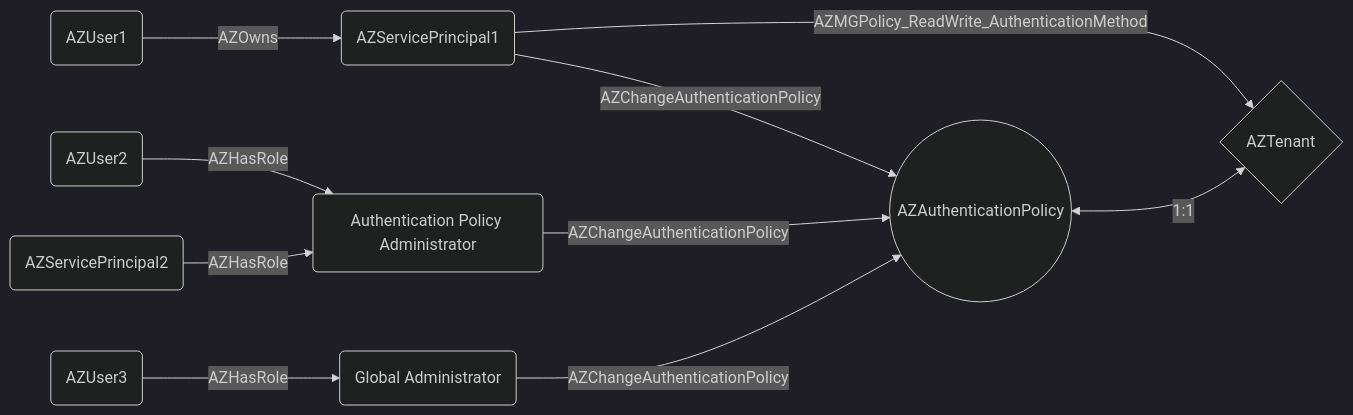
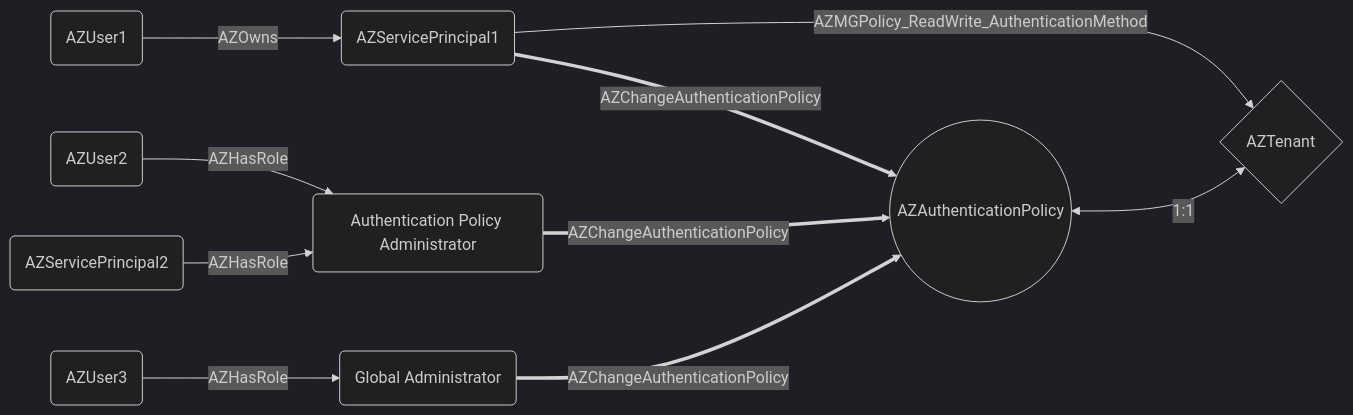
One commit to MichaelGrafnetter/EntraAuthPolicyHound changed the second of 4 diagrams in README.md. Above: the diagram before and after it, drawn with Mermaid (dark theme). The commit also changed other lines of this file and 4 other files, not shown here.

````diff
--- a/README.md
+++ b/README.md
@@ -179,14 +203,14 @@
 ```mermaid
 graph LR
-    a1(AZServicePrincipal1) -- AZChangeAuthenticationPolicy --> p((AZAuthenticationPolicy))
+    a1(AZServicePrincipal1) == AZChangeAuthenticationPolicy ==> p((AZAuthenticationPolicy))
     a1(AZServicePrincipal1) -- AZMGPolicy_ReadWrite_AuthenticationMethod --> t{AZTenant}
-    r1(Authentication Policy Administrator) -- AZChangeAuthenticationPolicy --> p
-    r2(Global Administrator) -- AZChangeAuthenticationPolicy --> p
+    r1(Authentication Policy Administrator) == AZChangeAuthenticationPolicy ==> p
+    r2(Global Administrator) == AZChangeAuthenticationPolicy ==> p
     
     p <-- 1:1 --> t
 
     u1(AZUser1) -- AZOwns --> a1
     u2(AZUser2) -- AZHasRole --> r1
     u3(AZUser3) -- AZHasRole --> r2
     a2(AZServicePrincipal2) -- AZHasRole --> r1
 ```
````
